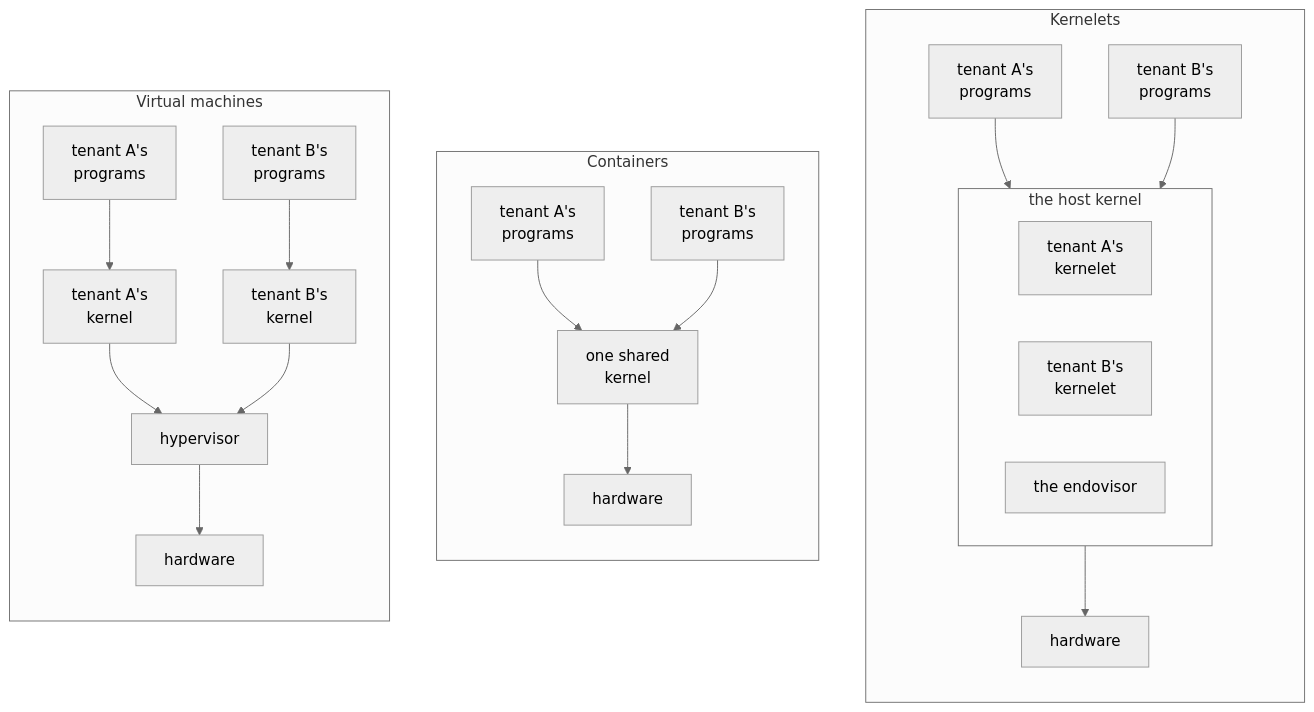
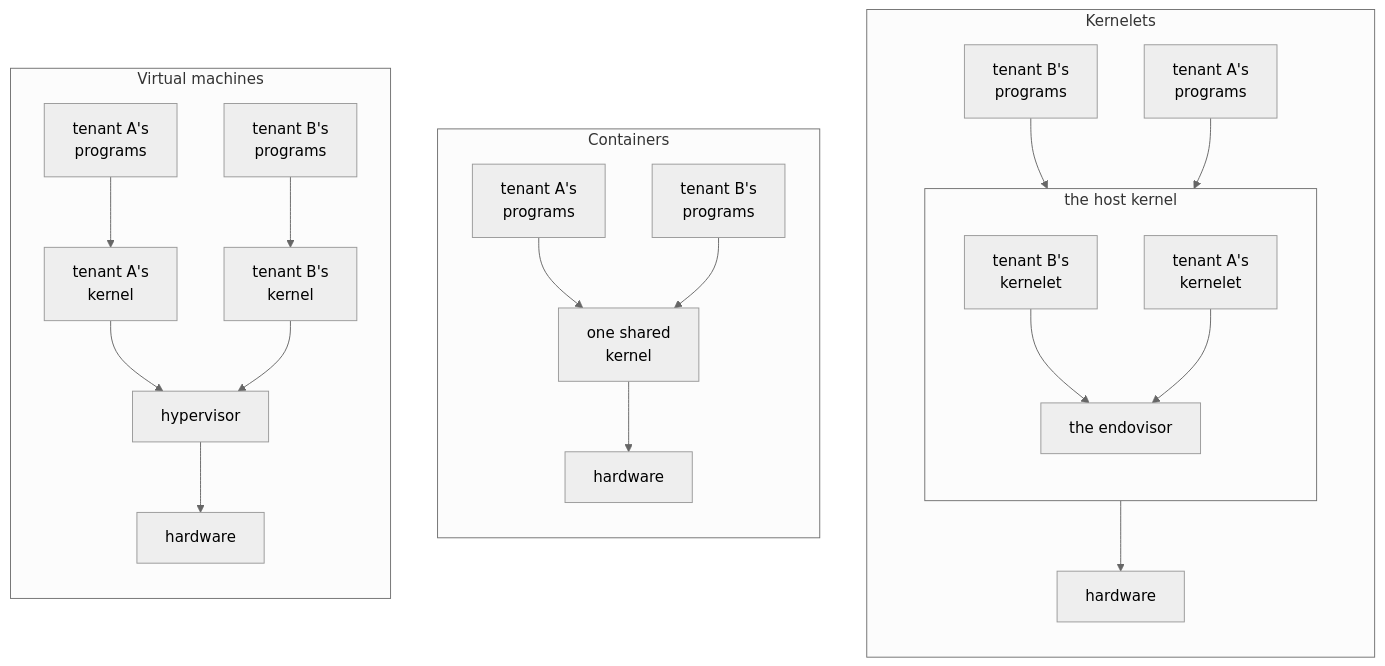
Before and after one commit to Plucky923/kernelet: the diagram in src/why-a-kernel-of-your-own.md, drawn with Mermaid (neutral theme). The commit also changed other lines of this file and 2 other files, not shown here.

````diff
--- a/src/why-a-kernel-of-your-own.md
+++ b/src/why-a-kernel-of-your-own.md
@@ -11,30 +11,29 @@
 ```mermaid
 flowchart LR
     subgraph KL["Kernelets"]
         direction TB
+        b3["tenant B's<br/>programs"] --> bkl
         a3["tenant A's<br/>programs"] --> akl
-        b3["tenant B's<br/>programs"] --> bkl
         subgraph hk["the host kernel"]
-            direction LR
-            akl["tenant A's<br/>kernelet"]
-            bkl["tenant B's<br/>kernelet"]
-            endo["the endovisor"]
+            direction TB
+            bkl["tenant B's<br/>kernelet"] --> endo["the endovisor"]
+            akl["tenant A's<br/>kernelet"] --> endo
         end
-        hk --> hw3[hardware]
+        endo --> hw3[hardware]
     end
     subgraph CT["Containers"]
         direction TB
         a2["tenant A's<br/>programs"] --> sk["one shared<br/>kernel"]
         b2["tenant B's<br/>programs"] --> sk
         sk --> hw2[hardware]
     end
     subgraph VM["Virtual machines"]
         direction TB
         a1["tenant A's<br/>programs"] --> ak["tenant A's<br/>kernel"]
         b1["tenant B's<br/>programs"] --> bk["tenant B's<br/>kernel"]
         ak --> hv[hypervisor]
         bk --> hv
         hv --> hw1[hardware]
     end
     VM ~~~ CT ~~~ KL
 ```
````
